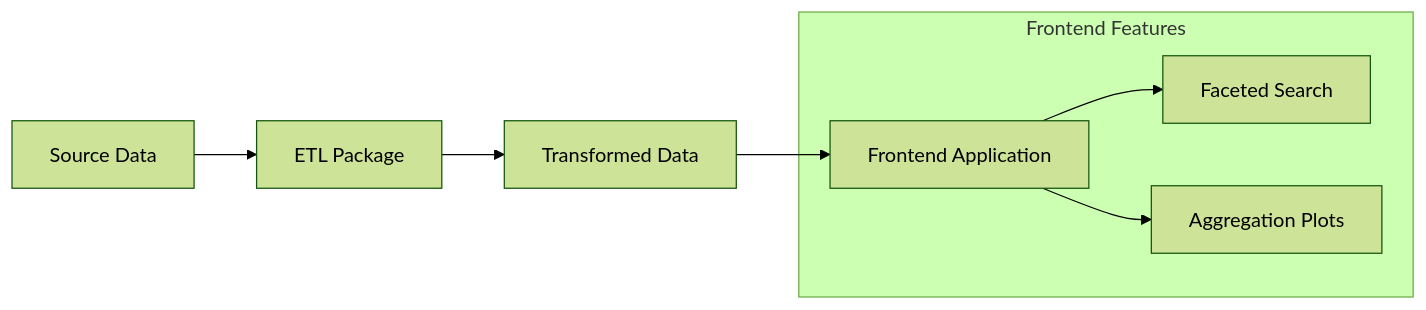
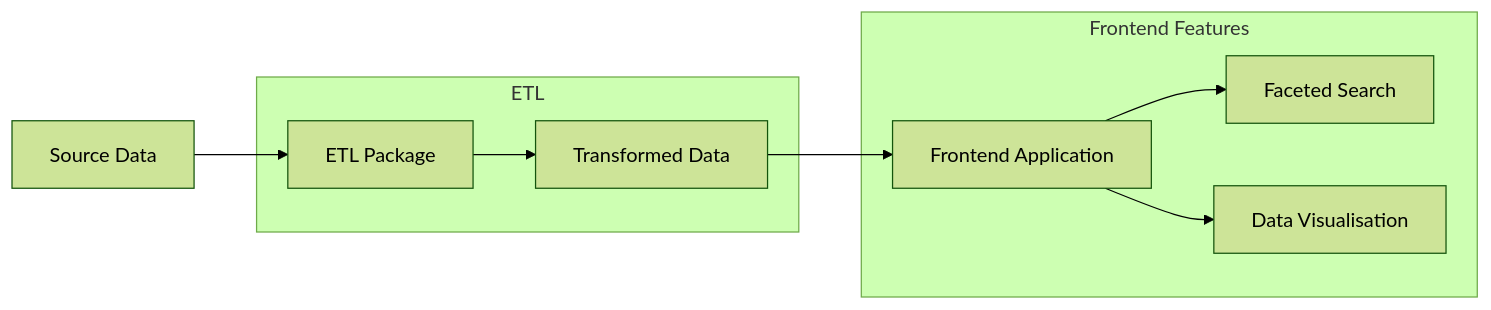
Before and after one commit to kingsdigitallab/age-c: the diagram in README.md, drawn with Mermaid (forest theme). The commit also changed other lines of this file, not shown here.

Commit message:
docs(readme): Add frontend section

````diff
--- a/README.md
+++ b/README.md
@@ -8,11 +8,15 @@
 ```mermaid
 graph LR
     A[Source Data] --> B[ETL Package]
-    B --> C[Transformed Data]
+
+    subgraph ETL
+        B --> C[Transformed Data]
+    end
+
     C --> D[Frontend Application]
 
     subgraph Frontend Features
         D --> E[Faceted Search]
-        D --> F[Aggregation Plots]
+        D --> F[Data Visualisation]
     end
 ```
````
